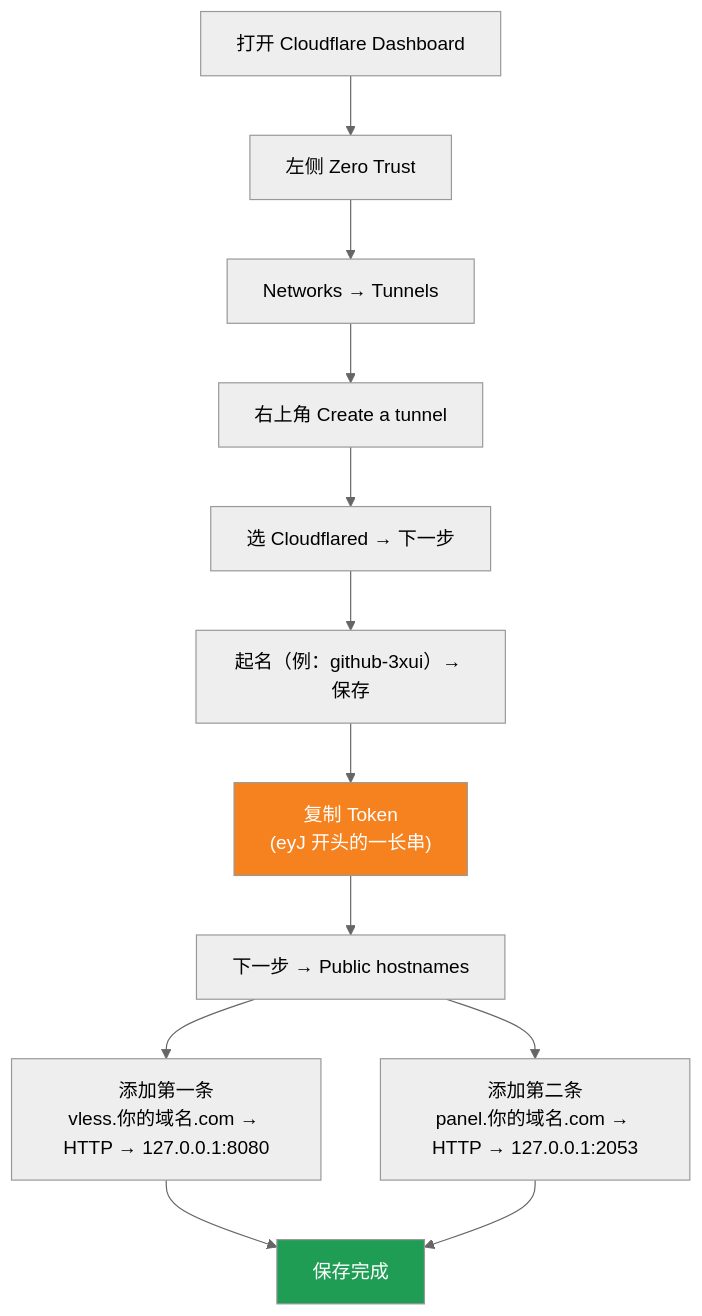
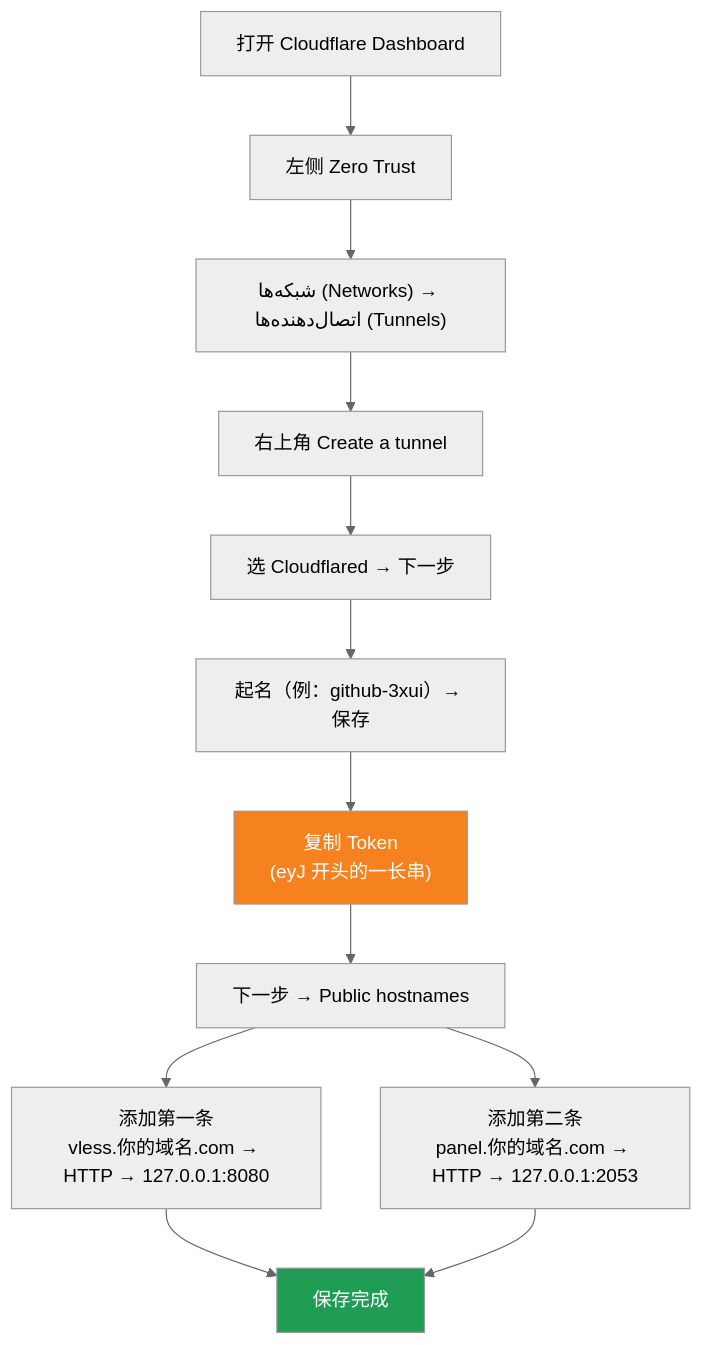
The third of 3 diagrams in README.fa.md (1246437945/cloud-3xui), drawn with Mermaid (neutral theme) before and after one commit. The commit also changed other lines of this file, not shown here.

Commit message:
docs: UI labels

````diff
--- a/README.fa.md
+++ b/README.fa.md
@@ -72,17 +72,17 @@
 ```mermaid
 flowchart TD
     A["打开 Cloudflare Dashboard"] --> B["左侧 Zero Trust"]
-    B --> C["Networks → Tunnels"]
+    B --> C["شبکه‌ها (Networks) → اتصال‌دهنده‌ها (Tunnels)"]
     C --> D["右上角 Create a tunnel"]
     D --> E["选 Cloudflared → 下一步"]
     E --> F["起名（例：github-3xui）→ 保存"]
     F --> G["复制 Token<br/>(eyJ 开头的一长串)"]
     G --> H["下一步 → Public hostnames"]
     H --> I["添加第一条<br/>vless.你的域名.com → HTTP → 127.0.0.1:8080"]
     H --> J["添加第二条<br/>panel.你的域名.com → HTTP → 127.0.0.1:2053"]
     I --> K["保存完成"]
     J --> K
 
     style G fill:#f6821f,color:#fff
     style K fill:#1f9d55,color:#fff
 ```
````
